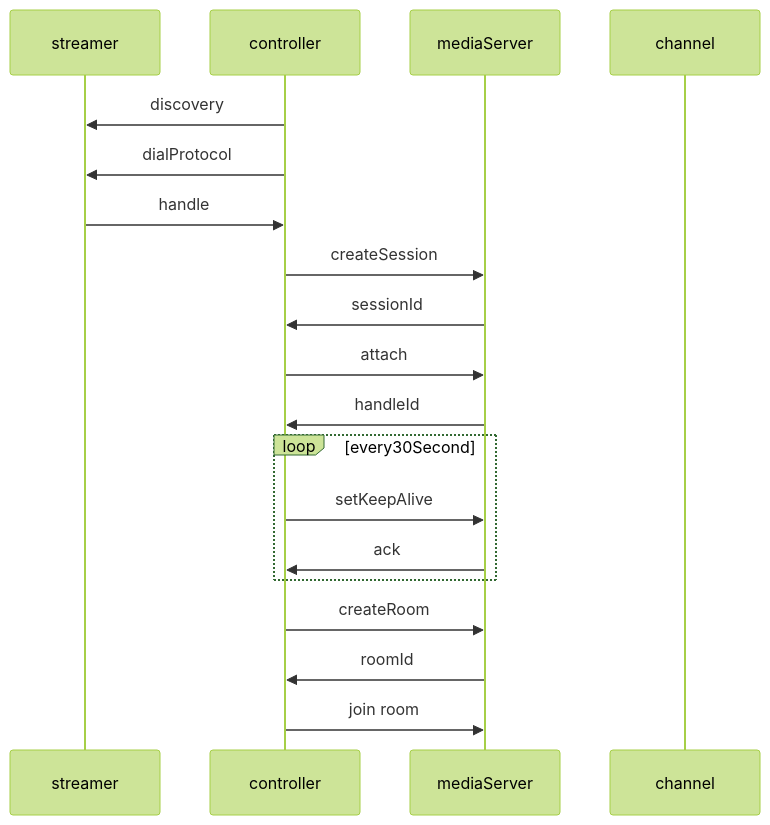
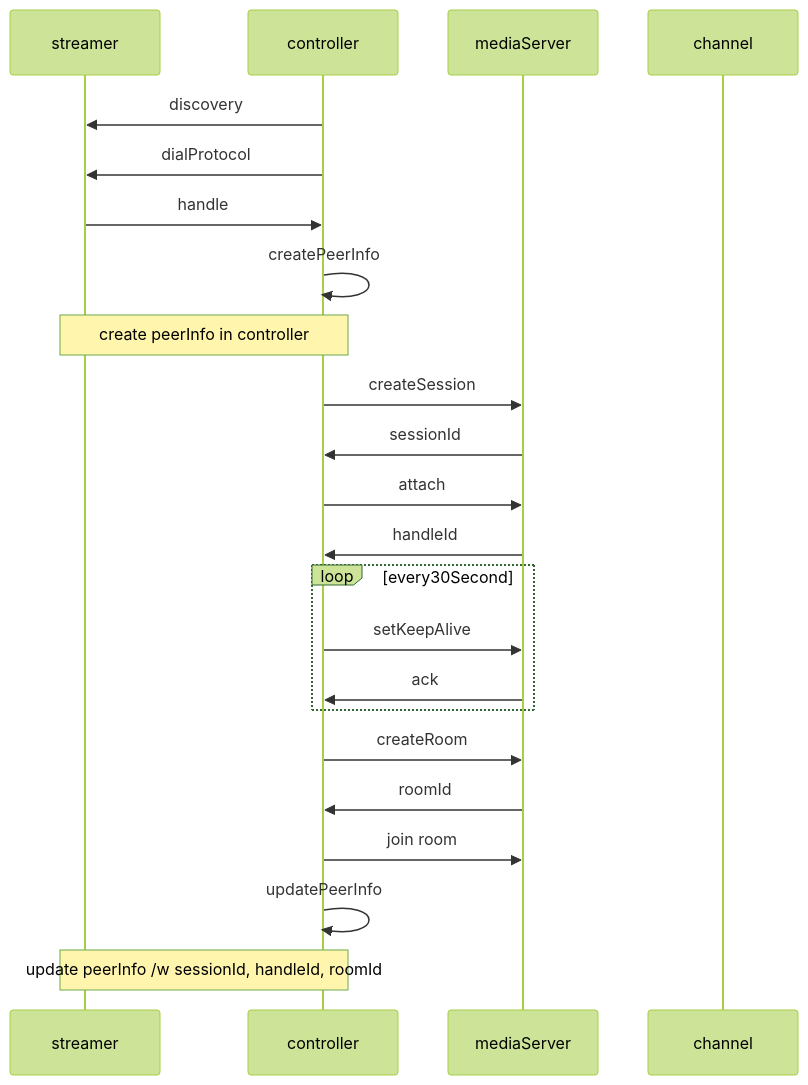
One commit to castonetwork/minimvp_channel changed the first of 3 diagrams in README.md. Above: the diagram before and after it, drawn with Mermaid (forest theme).

Commit message:
add: update peer status

````diff
--- a/README.md
+++ b/README.md
@@ -41,22 +41,26 @@
 ```mermaid
 sequenceDiagram
   participant st as streamer
   participant ct as controller
   participant ms as mediaServer
   participant ch as channel
   ct->>st: discovery
   ct->>st: dialProtocol
   st->>ct: handle
+  ct->>ct: createPeerInfo  
+  Note over st, ct: create peerInfo in controller
   ct->>ms: createSession
   ms->>ct: sessionId
   ct->>ms: attach
   ms->>ct: handleId
   loop every30Second
   ct->>ms: setKeepAlive
   ms->>ct: ack
   end
   ct->>ms:createRoom
   ms->>ct:roomId
-  ct->>ms:join room 
+  ct->>ms:join room
+  ct->>ct:updatePeerInfo
+  Note over st, ct: update peerInfo /w sessionId, handleId, roomId
   
 ```
````
